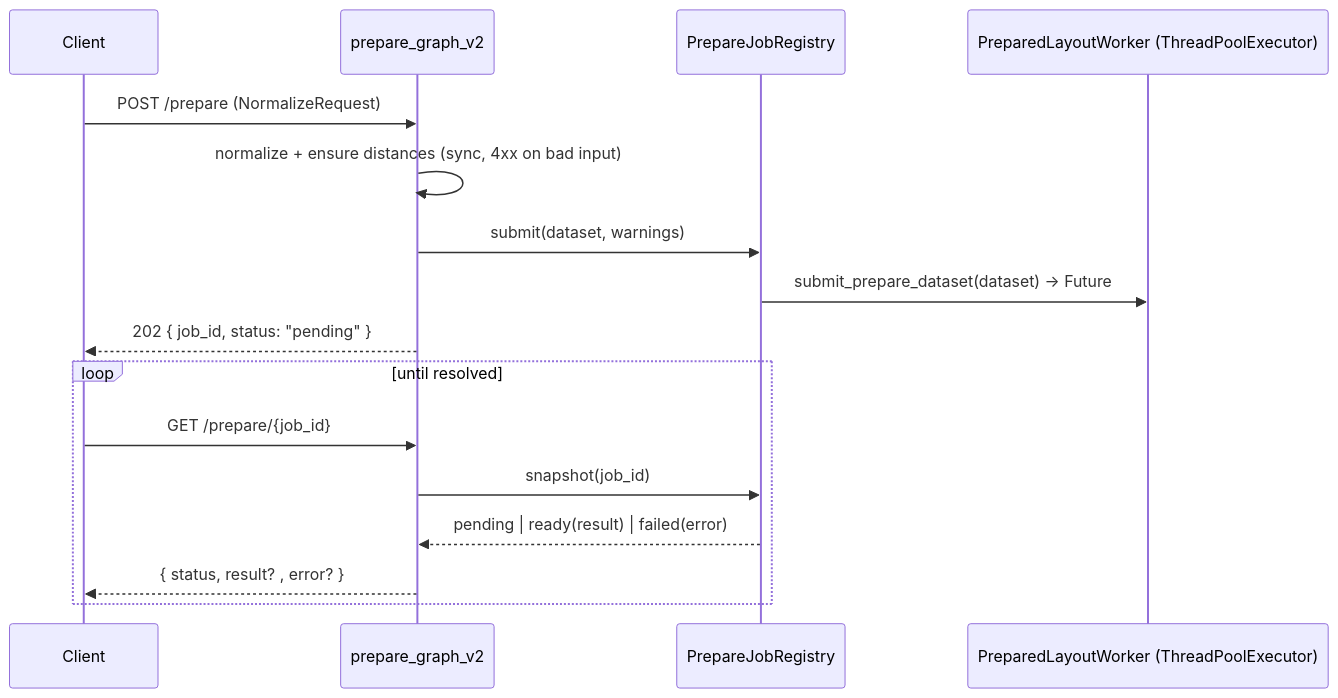
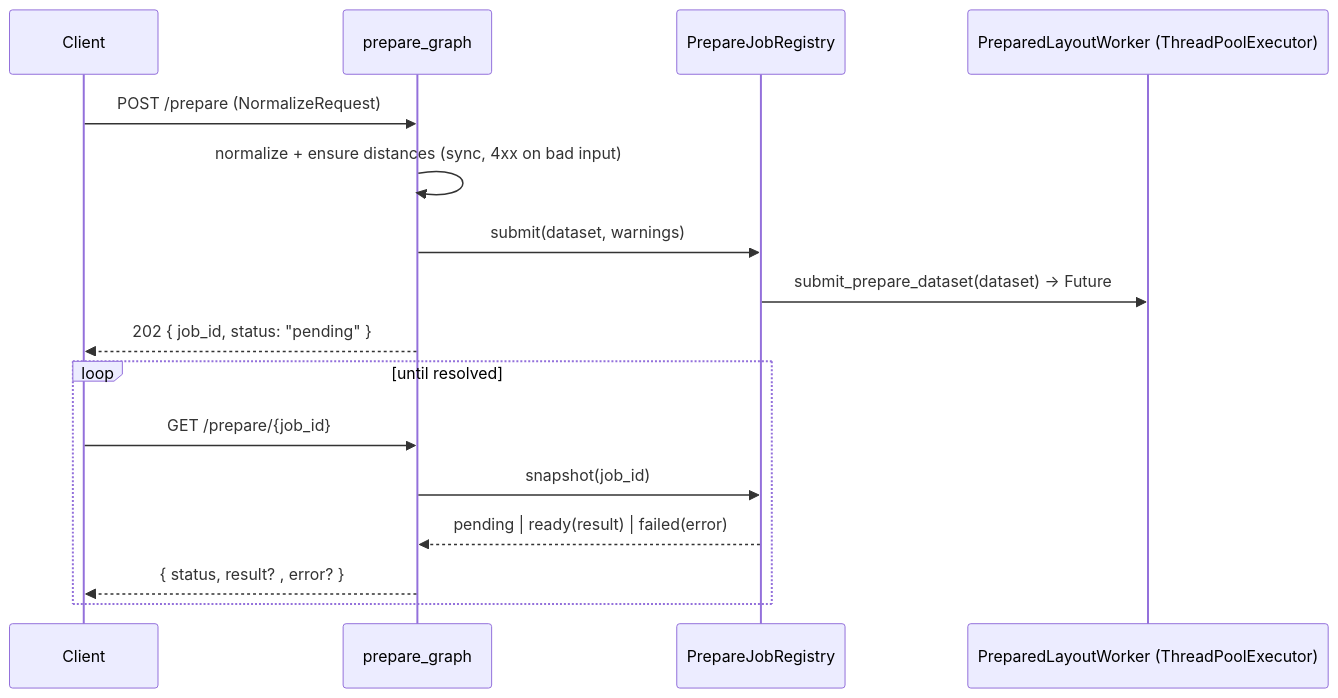
The second of 2 diagrams in docs/SERVER_PIPELINE.md (phyloviz/phylo-lens), drawn with Mermaid before and after one commit. The commit also changed other lines of this file and 33 other files, not shown here.

````diff
--- a/docs/SERVER_PIPELINE.md
+++ b/docs/SERVER_PIPELINE.md
@@ -143,19 +143,19 @@
 ```mermaid
 sequenceDiagram
   participant C as Client
-  participant API as prepare_graph_v2
+  participant API as prepare_graph
   participant R as PrepareJobRegistry
   participant W as PreparedLayoutWorker (ThreadPoolExecutor)
 
   C->>API: POST /prepare (NormalizeRequest)
   API->>API: normalize + ensure distances (sync, 4xx on bad input)
   API->>R: submit(dataset, warnings)
   R->>W: submit_prepare_dataset(dataset) -> Future
   API-->>C: 202 { job_id, status: "pending" }
   loop until resolved
     C->>API: GET /prepare/{job_id}
     API->>R: snapshot(job_id)
     R-->>API: pending | ready(result) | failed(error)
     API-->>C: { status, result? , error? }
   end
 ```
````
